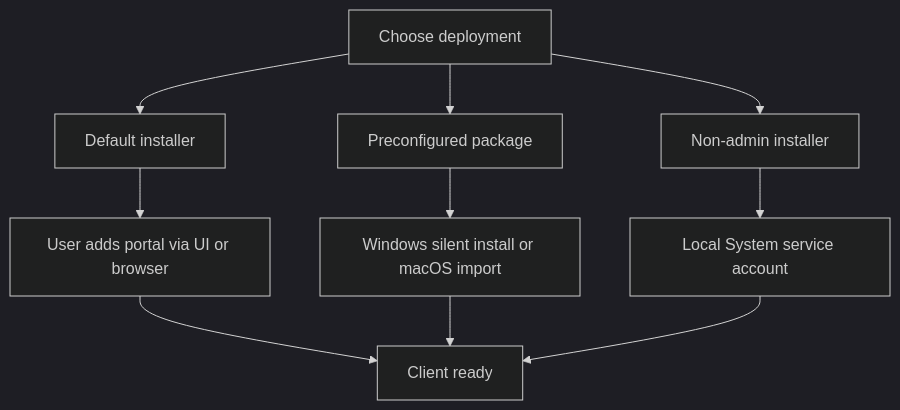
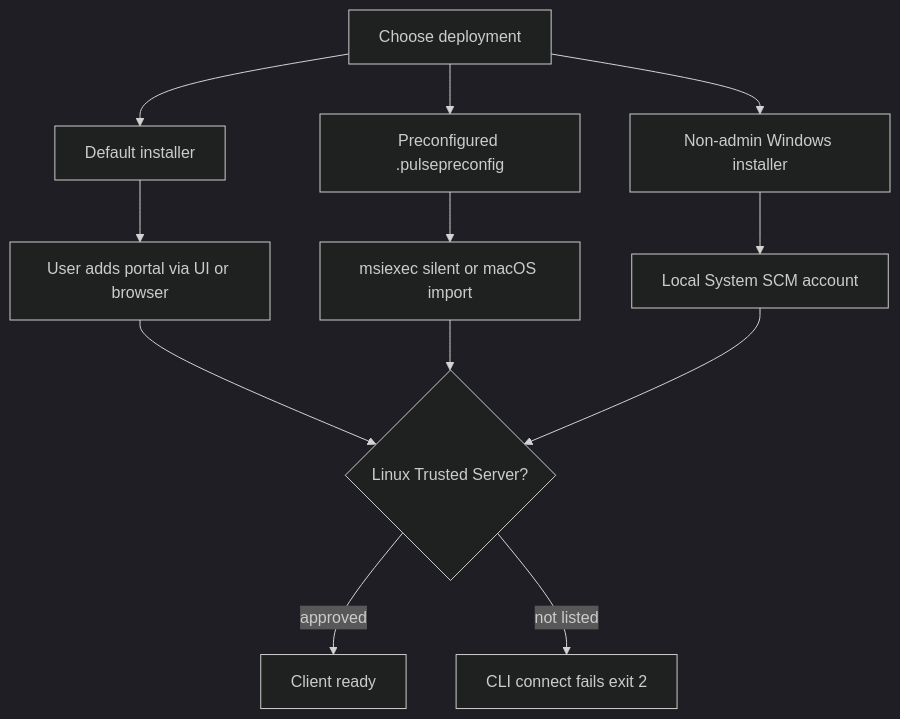
Before and after one commit to roto31/Tunnel-Monitor---Universal: the second of 4 diagrams in docs/vpn-solutions/pulse-ivanti.md, drawn with Mermaid (dark theme). The commit also changed other lines of this file and 25 other files, not shown here.

First line of the commit message:
Docs: add vendor citations, topology SVGs, and updated Mermaid.

````diff
--- a/docs/vpn-solutions/pulse-ivanti.md
+++ b/docs/vpn-solutions/pulse-ivanti.md
@@ -51,12 +59,14 @@
 ```mermaid
 flowchart TD
     A[Choose deployment] --> B[Default installer]
-    A --> C[Preconfigured package]
-    A --> D[Non-admin installer]
+    A --> C[Preconfigured .pulsepreconfig]
+    A --> D[Non-admin Windows installer]
     B --> E[User adds portal via UI or browser]
-    C --> F[Windows silent install or macOS import]
-    D --> G[Local System service account]
-    E --> H[Client ready]
+    C --> F[msiexec silent or macOS import]
+    D --> G[Local System SCM account]
+    E --> H{Linux Trusted Server?}
     F --> H
     G --> H
+    H -->|approved| I[Client ready]
+    H -->|not listed| J[CLI connect fails exit 2]
 ```
````
